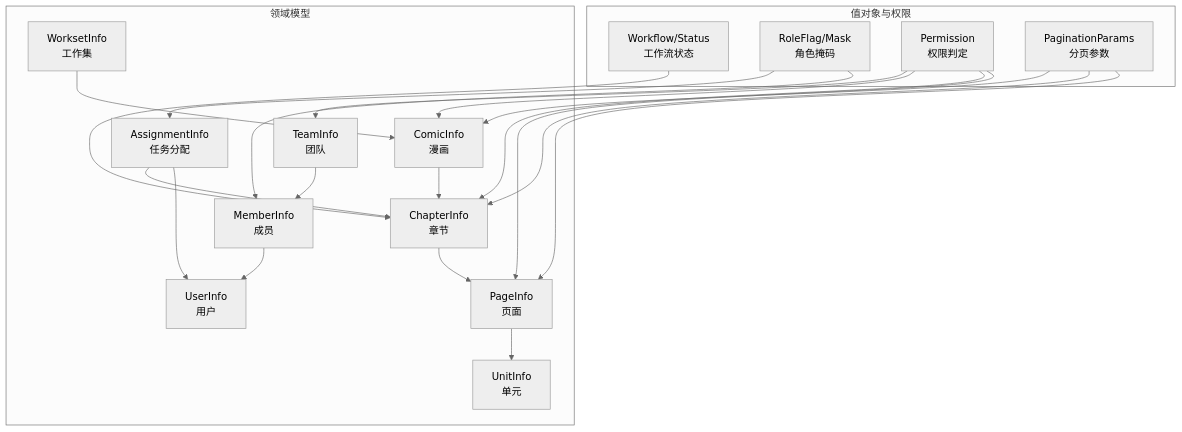
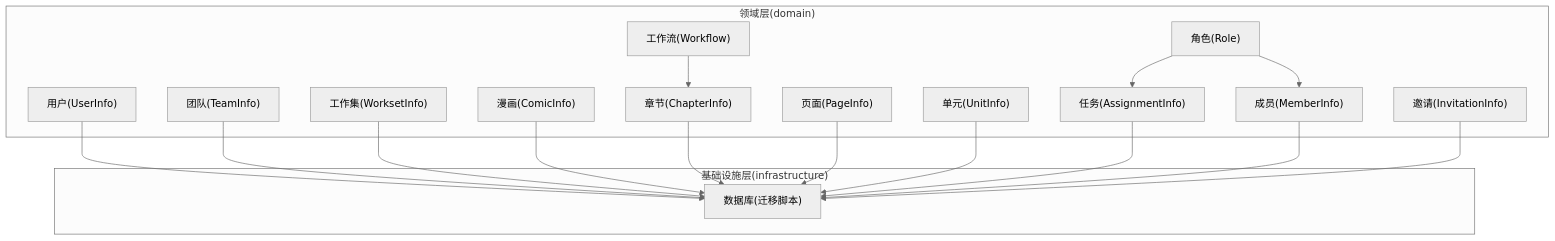
The first of 3 diagrams in .qoder/repowiki/zh/content/数据模型设计/数据模型设计.md (ATOMLubover/poprako), drawn with Mermaid (neutral theme) before and after one commit. The commit also changed other lines of this file and 132 other files, not shown here.

````diff
--- a/.qoder/repowiki/zh/content/数据模型设计/数据模型设计.md
+++ b/.qoder/repowiki/zh/content/数据模型设计/数据模型设计.md
@@ -44,38 +42,33 @@
 ```mermaid
 graph TB
-subgraph "领域模型"
-WS["WorksetInfo<br/>工作集"]
-CM["ComicInfo<br/>漫画"]
-CH["ChapterInfo<br/>章节"]
-PG["PageInfo<br/>页面"]
-UN["UnitInfo<br/>单元"]
-AS["AssignmentInfo<br/>任务分配"]
-TM["TeamInfo<br/>团队"]
-MB["MemberInfo<br/>成员"]
-US["UserInfo<br/>用户"]
+subgraph "领域层(domain)"
+U["用户(UserInfo)"]
+T["团队(TeamInfo)"]
+W["工作集(WorksetInfo)"]
+C["漫画(ComicInfo)"]
+Ch["章节(ChapterInfo)"]
+P["页面(PageInfo)"]
+Un["单元(UnitInfo)"]
+A["任务(AssignmentInfo)"]
+M["成员(MemberInfo)"]
+I["邀请(InvitationInfo)"]
+R["角色(Role)"]
+WF["工作流(Workflow)"]
 end
-subgraph "值对象与权限"
-WF["Workflow/Status<br/>工作流状态"]
-RL["RoleFlag/Mask<br/>角色掩码"]
-PM["Permission<br/>权限判定"]
-PV["PaginationParams<br/>分页参数"]
+subgraph "基础设施层(infrastructure)"
+DB["数据库(迁移脚本)"]
 end
-WS --> CM
-CM --> CH
-CH --> PG
-PG --> UN
-TM --> MB
-MB --> US
-AS --> CH
-AS --> US
-WF --> CH
-RL --> AS
-RL --> MB
-PM --> TM
-PM --> CM
-PM --> CH
-PM --> PG
-PV --> CM
-PV --> CH
-PV --> PG
+U --> DB
+T --> DB
+W --> DB
+C --> DB
+Ch --> DB
+P --> DB
+Un --> DB
+A --> DB
+M --> DB
+I --> DB
+R --> A
+R --> M
+WF --> Ch
 ```
````
